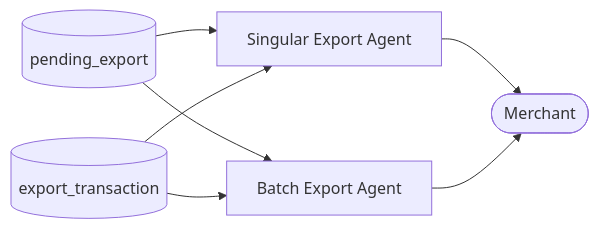
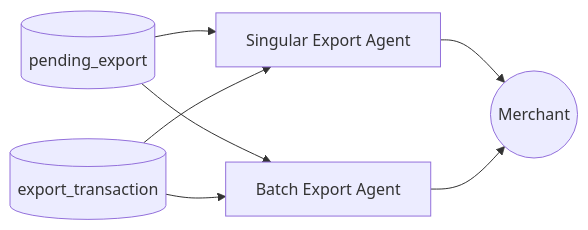
One commit to piukhq/harmonia changed the fifth of 5 diagrams in data-flow.md. Above: the diagram before and after it, drawn with Mermaid. The commit also changed other lines of this file, not shown here.

Commit message:
update data flow diagram

````diff
--- a/data-flow.md
+++ b/data-flow.md
@@ -102,16 +101,16 @@
 ```mermaid
 flowchart LR
-    merchant([Merchant])
+    merchant((Merchant))
     pending_export[(pending_export)]
     export_transaction[(export_transaction)]
 
     singular_export["Singular Export Agent"]
     batch_export["Batch Export Agent"]
 
     pending_export --> singular_export
     pending_export --> batch_export
     export_transaction --> singular_export
     export_transaction --> batch_export
     singular_export --> merchant
     batch_export --> merchant
 ```
````
